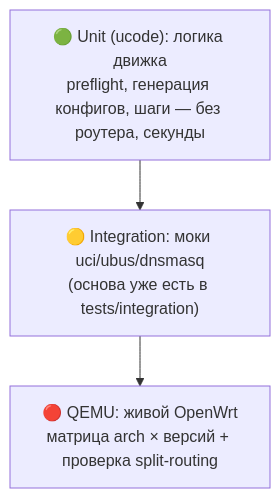
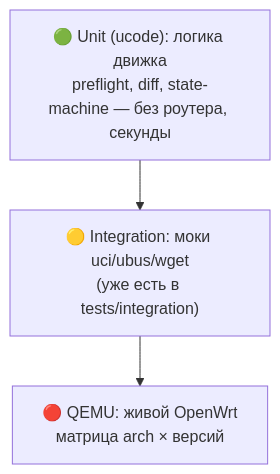
Before and after one commit to andreiyurik/cheburnet-router: the fourth of 5 diagrams in docs/architecture-v2.md, drawn with Mermaid. The commit also changed other lines of this file, not shown here.

Commit message:
docs(architecture): переработка и сокращение architecture-v2.md

````diff
--- a/docs/architecture-v2.md
+++ b/docs/architecture-v2.md
@@ -250,7 +181,7 @@
 ```mermaid
 flowchart TB
-    unit["🟢 Unit (ucode): логика движка<br/>preflight, генерация конфигов, шаги — без роутера, секунды"]
-    integ["🟡 Integration: моки uci/ubus/dnsmasq<br/>(основа уже есть в tests/integration)"]
-    qemu["🔴 QEMU: живой OpenWrt<br/>матрица arch × версий + проверка split-routing"]
+    unit["🟢 Unit (ucode): логика движка<br/>preflight, diff, state-machine — без роутера, секунды"]
+    integ["🟡 Integration: моки uci/ubus/wget<br/>(уже есть в tests/integration)"]
+    qemu["🔴 QEMU: живой OpenWrt<br/>матрица arch × версий"]
     unit --> integ --> qemu
 ```
````
